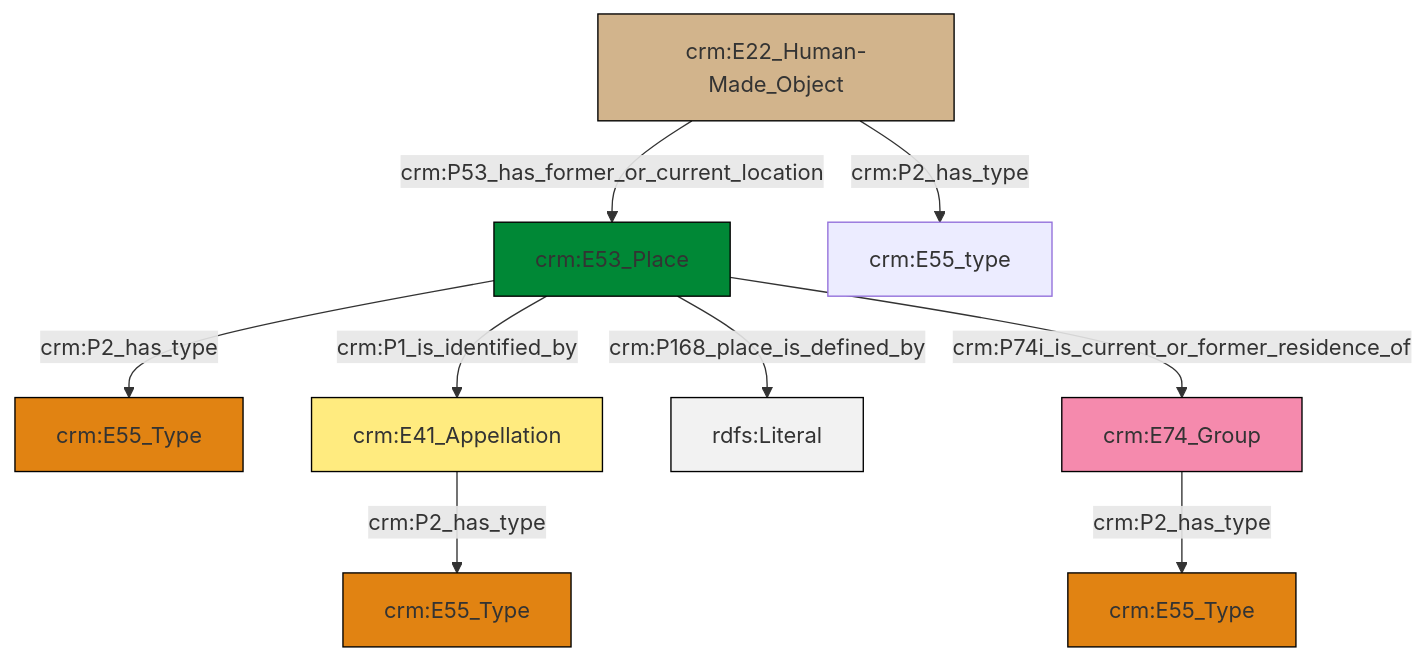
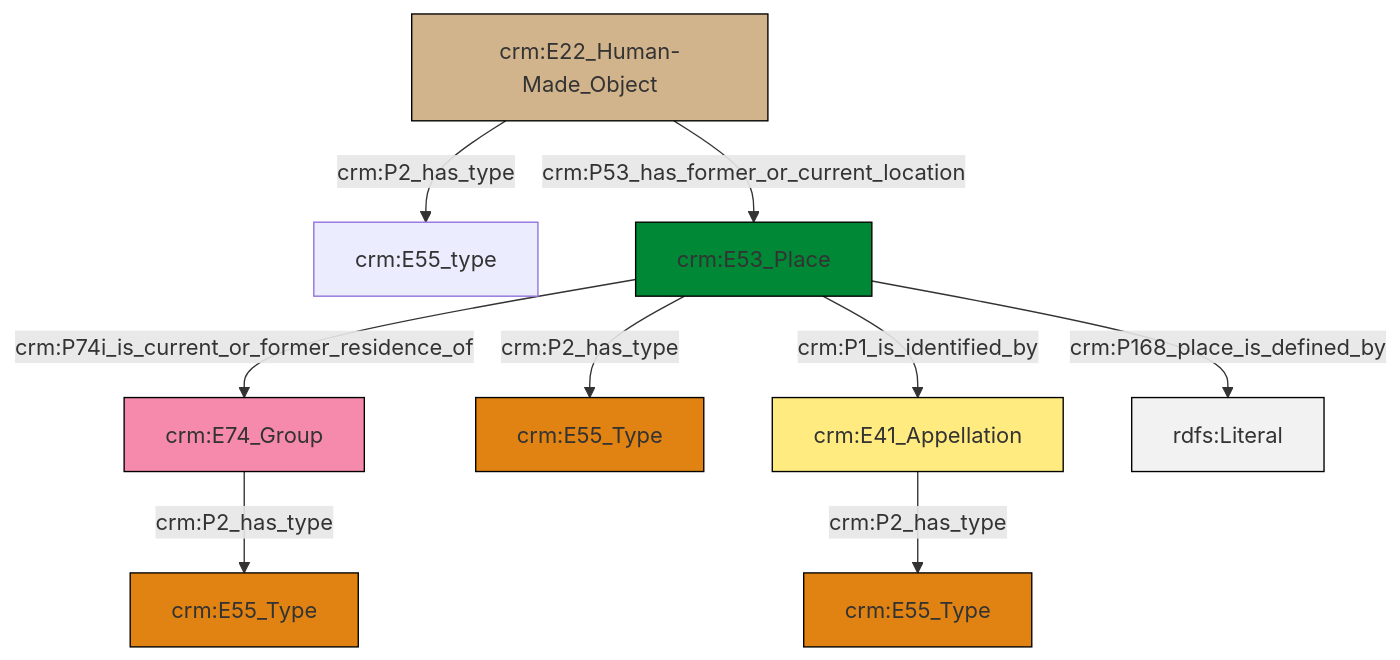
Before and after one commit to swiss-art-research-net/reference-data-models: the diagram in et/artworkCSV/ttl/mmd/Artwork_Location.ttl.mmd, drawn with Mermaid. The commit also changed 125 other files, not shown here.

```diff
--- a/et/artworkCSV/ttl/mmd/Artwork_Location.ttl.mmd
+++ b/et/artworkCSV/ttl/mmd/Artwork_Location.ttl.mmd
@@ -1,23 +1,23 @@
 graph TD
 classDef Literal fill:#f2f2f2,stroke:#000000;
 classDef CRM_Entity fill:#FFFFFF,stroke:#000000;
 classDef Temporal_Entity fill:#00C9E6, stroke:#000000;
 classDef Type fill:#E18312, stroke:#000000;
 classDef Time-Span fill:#2C9C91, stroke:#000000;
 classDef Appellation fill:#FFEB7F, stroke:#000000;
 classDef Place fill:#008836, stroke:#000000;
 classDef Persistent_Item fill:#B266B2, stroke:#000000;
 classDef Conceptual_Object fill:#FFD700, stroke:#000000;
 classDef Physical_Thing fill:#D2B48C, stroke:#000000;
 classDef Actor fill:#f58aad, stroke:#000000;
 classDef PC_Classes fill:#4ce600, stroke:#000000;
 classDef Multi fill:#cccccc,stroke:#000000;
 
-4["crm:E53_Place"]:::Place -->|crm:P2_has_type| 5["crm:E55_Type"]:::Type
-0["crm:E22_Human-Made_Object"]:::Physical_Thing -->|crm:P2_has_type| 6["crm:E55_type"]:::Default
-0["crm:E22_Human-Made_Object"]:::Physical_Thing -->|crm:P53_has_former_or_current_location| 4["crm:E53_Place"]:::Place
-4["crm:E53_Place"]:::Place -->|crm:P1_is_identified_by| 9["crm:E41_Appellation"]:::Appellation
-9["crm:E41_Appellation"]:::Appellation -->|crm:P2_has_type| 2["crm:E55_Type"]:::Type
-4["crm:E53_Place"]:::Place -->|crm:P168_place_is_defined_by| 12[rdfs:Literal]:::Literal
-14["crm:E74_Group"]:::Actor -->|crm:P2_has_type| 7["crm:E55_Type"]:::Type
-4["crm:E53_Place"]:::Place -->|crm:P74i_is_current_or_former_residence_of| 14["crm:E74_Group"]:::Actor
+0["crm:E74_Group"]:::Actor -->|crm:P2_has_type| 4["crm:E55_Type"]:::Type
+8["crm:E41_Appellation"]:::Appellation -->|crm:P2_has_type| 9["crm:E55_Type"]:::Type
+13["crm:E53_Place"]:::Place -->|crm:P74i_is_current_or_former_residence_of| 0["crm:E74_Group"]:::Actor
+13["crm:E53_Place"]:::Place -->|crm:P2_has_type| 6["crm:E55_Type"]:::Type
+2["crm:E22_Human-Made_Object"]:::Physical_Thing -->|crm:P53_has_former_or_current_location| 13["crm:E53_Place"]:::Place
+2["crm:E22_Human-Made_Object"]:::Physical_Thing -->|crm:P2_has_type| 11["crm:E55_type"]:::Default
+13["crm:E53_Place"]:::Place -->|crm:P168_place_is_defined_by| 17[rdfs:Literal]:::Literal
+13["crm:E53_Place"]:::Place -->|crm:P1_is_identified_by| 8["crm:E41_Appellation"]:::Appellation
```
